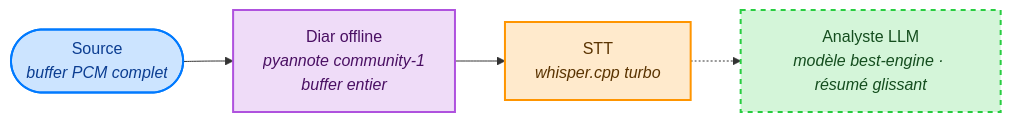
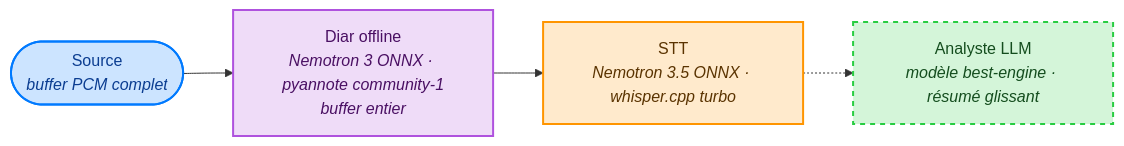
One commit to warith-harchaoui/vocal-helper changed the second of 2 diagrams in LISEZMOI.md. Above: the diagram before and after it, drawn with Mermaid. The commit also changed other lines of this file and 11 other files, not shown here.

````diff
--- a/LISEZMOI.md
+++ b/LISEZMOI.md
@@ -94,12 +94,12 @@
 ```mermaid
 flowchart LR
     S([Source<br/><i>buffer PCM complet</i>]):::source
-      --> D[Diar offline<br/><i>pyannote community-1<br/>buffer entier</i>]:::diar
-      --> A[STT<br/><i>whisper.cpp turbo</i>]:::asr
+      --> D[Diar offline<br/><i>Nemotron 3 ONNX · pyannote community-1<br/>buffer entier</i>]:::diar
+      --> A[STT<br/><i>Nemotron 3.5 ONNX · whisper.cpp turbo</i>]:::asr
       -.-> L[Analyste LLM<br/><i>modèle best-engine · résumé glissant</i>]:::llm
 
     classDef source fill:#CCE4FF,stroke:#007AFF,stroke-width:2px,color:#0b3d91
     classDef diar   fill:#EFDCF8,stroke:#AF52DE,stroke-width:2px,color:#4a1063
     classDef asr    fill:#FFEACC,stroke:#FF9500,stroke-width:2px,color:#5a3300
     classDef llm    fill:#D4F5D9,stroke:#28CD41,stroke-width:2px,color:#144d1e,stroke-dasharray: 5 5
 ```
````
